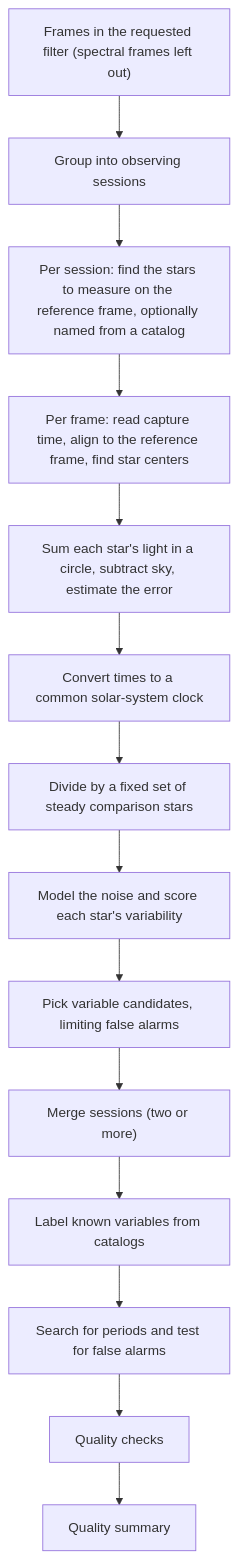
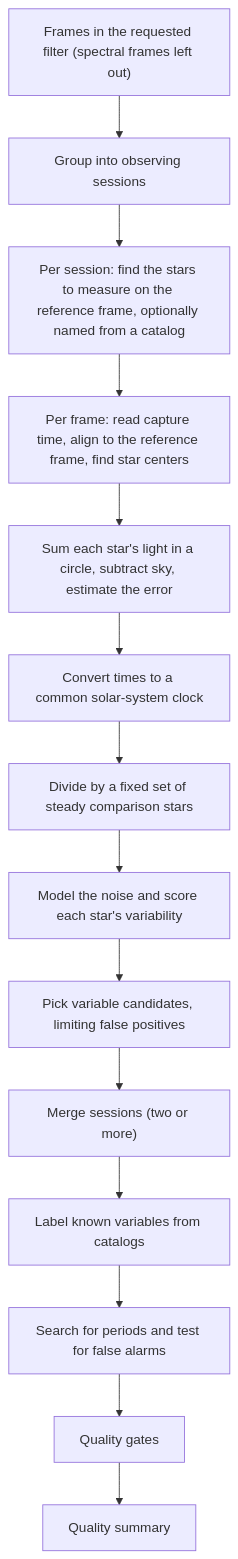
Before and after one commit to m1chae2/astrometrics: the diagram in documentation/library_design/pipelines/photometry.md, drawn with Mermaid. The commit also changed other lines of this file and 93 other files, not shown here.

````diff
--- a/documentation/library_design/pipelines/photometry.md
+++ b/documentation/library_design/pipelines/photometry.md
@@ -48,16 +27,16 @@
 ```mermaid
 flowchart TD
     A["Frames in the requested filter (spectral frames left out)"] --> B["Group into observing sessions"]
     B --> C["Per session: find the stars to measure on the reference frame, optionally named from a catalog"]
     C --> D["Per frame: read capture time, align to the reference frame, find star centers"]
     D --> E["Sum each star's light in a circle, subtract sky, estimate the error"]
     E --> F["Convert times to a common solar-system clock"]
     F --> G["Divide by a fixed set of steady comparison stars"]
     G --> H["Model the noise and score each star's variability"]
-    H --> I["Pick variable candidates, limiting false alarms"]
+    H --> I["Pick variable candidates, limiting false positives"]
     I --> J["Merge sessions (two or more)"]
     J --> K["Label known variables from catalogs"]
     K --> L["Search for periods and test for false alarms"]
-    L --> M["Quality checks"]
+    L --> M["Quality gates"]
     M --> N["Quality summary"]
 ```
````
